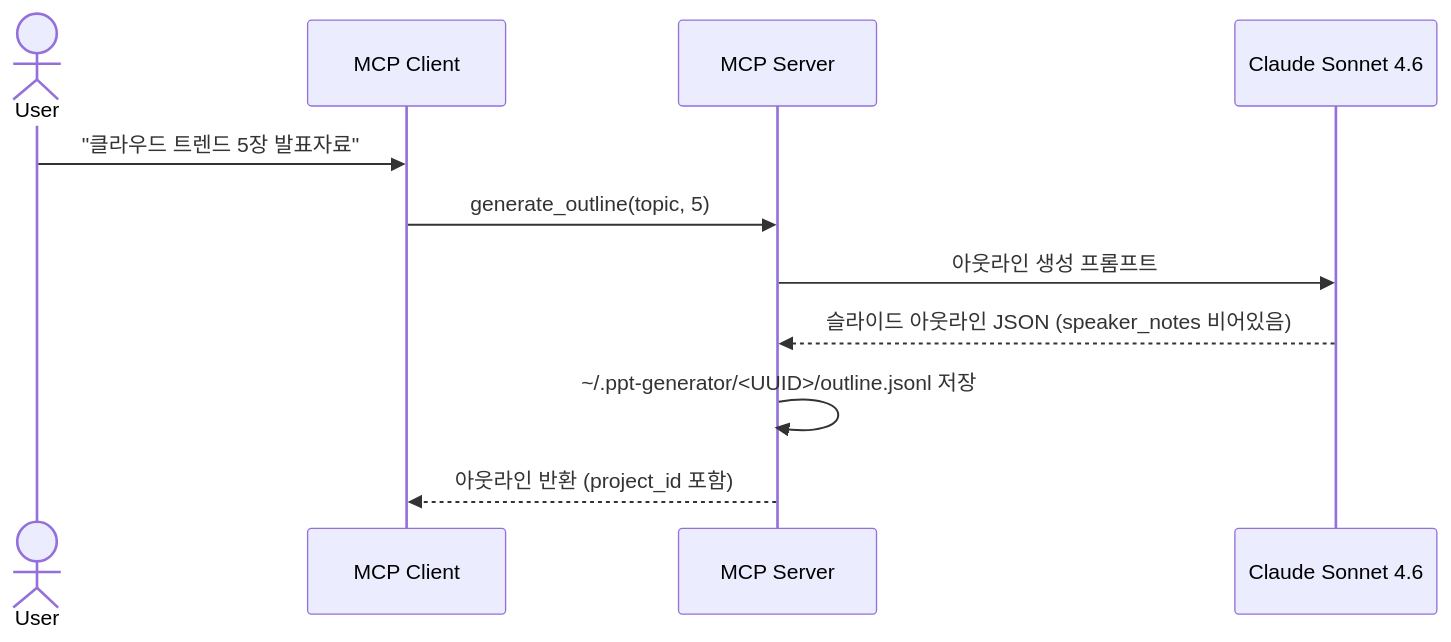
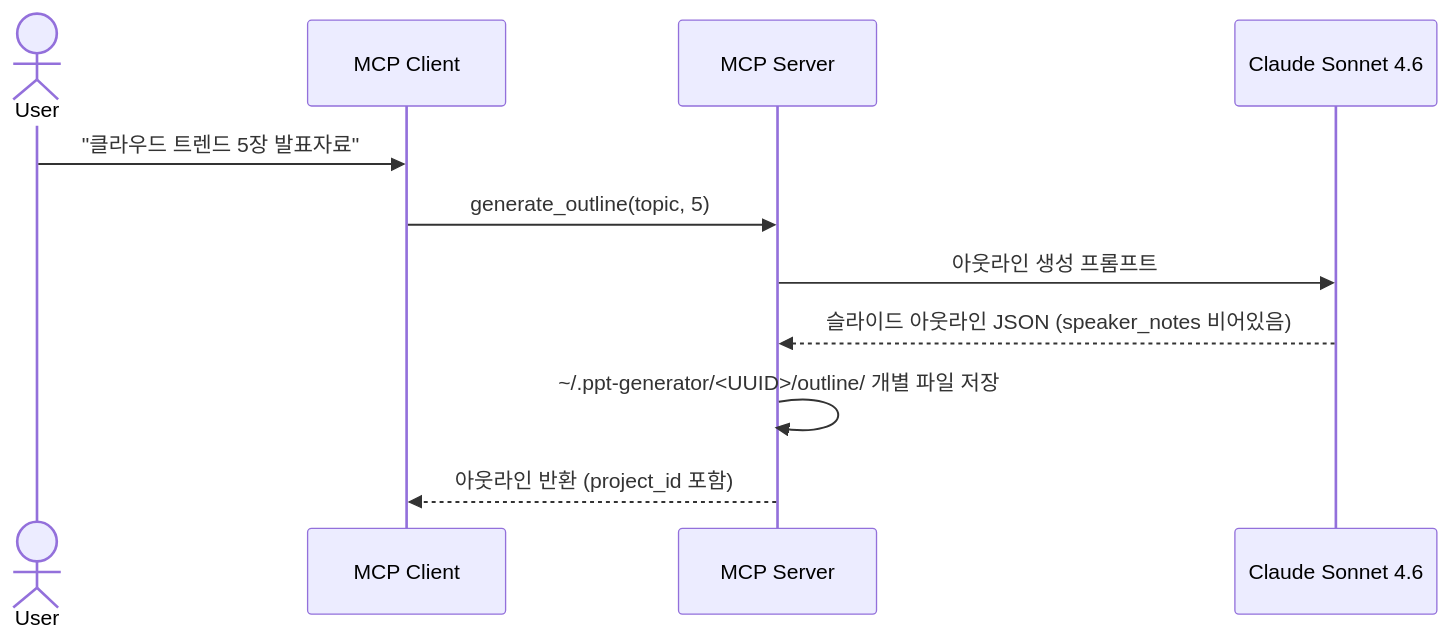
The diagram in docs/adr/pipeline/0001-outline-generation.md (haandol/ppt-generator), drawn with Mermaid before and after one commit. The commit also changed other lines of this file and 3 other files, not shown here.

````diff
--- a/docs/adr/pipeline/0001-outline-generation.md
+++ b/docs/adr/pipeline/0001-outline-generation.md
@@ -50,14 +50,14 @@
 ```mermaid
 sequenceDiagram
     actor User
     participant Client as MCP Client
     participant Server as MCP Server
     participant LLM as Claude Sonnet 4.6
 
     User->>Client: "클라우드 트렌드 5장 발표자료"
     Client->>Server: generate_outline(topic, 5)
     Server->>LLM: 아웃라인 생성 프롬프트
     LLM-->>Server: 슬라이드 아웃라인 JSON (speaker_notes 비어있음)
-    Server->>Server: ~/.ppt-generator/<UUID>/outline.jsonl 저장
+    Server->>Server: ~/.ppt-generator/<UUID>/outline/ 개별 파일 저장
     Server-->>Client: 아웃라인 반환 (project_id 포함)
 ```
````
